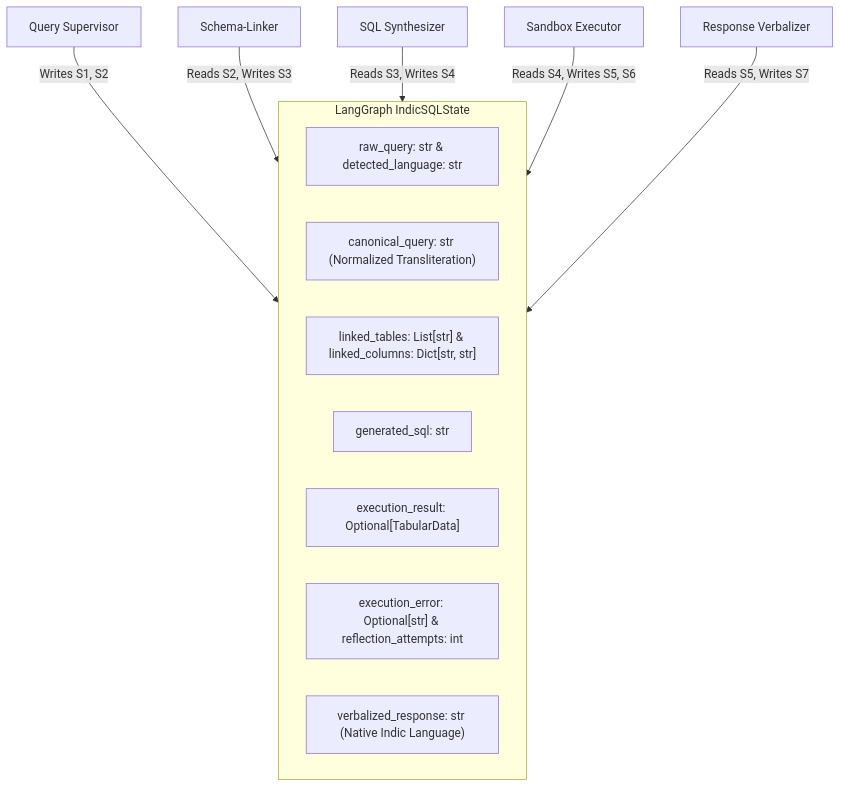
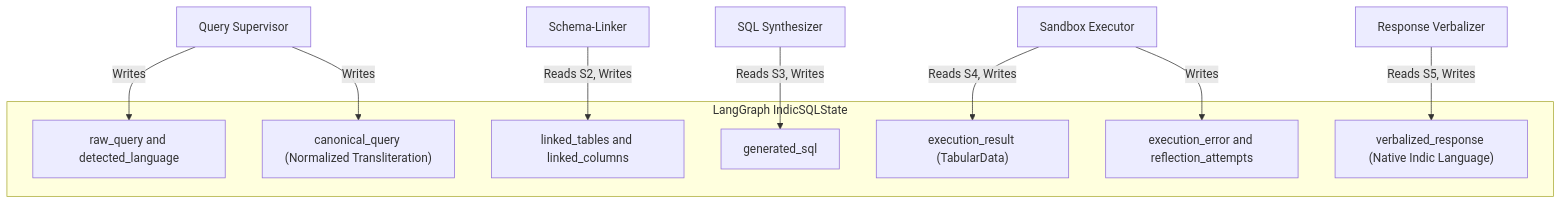
One commit to ojhaprathmesh/IndicSQL_Repo changed the fourth of 12 diagrams in PLAN.md. Above: the diagram before and after it, drawn with Mermaid. The commit also changed other lines of this file and 6 other files, not shown here.

Commit message:
docs(plan): integrate Flutter voice cockpit & resolve all mermaid rendering errors

````diff
--- a/PLAN.md
+++ b/PLAN.md
@@ -257,18 +256,20 @@
 ```mermaid
 flowchart TB
     subgraph Blackboard_State["LangGraph IndicSQLState"]
-        S1["raw_query: str & detected_language: str"]
-        S2["canonical_query: str (Normalized Transliteration)"]
-        S3["linked_tables: List[str] & linked_columns: Dict[str, str]"]
-        S4["generated_sql: str"]
-        S5["execution_result: Optional[TabularData]"]
-        S6["execution_error: Optional[str] & reflection_attempts: int"]
-        S7["verbalized_response: str (Native Indic Language)"]
+        S1["raw_query and detected_language"]
+        S2["canonical_query (Normalized Transliteration)"]
+        S3["linked_tables and linked_columns"]
+        S4["generated_sql"]
+        S5["execution_result (TabularData)"]
+        S6["execution_error and reflection_attempts"]
+        S7["verbalized_response (Native Indic Language)"]
     end
 
-    Supervisor["Query Supervisor"] -->|Writes S1, S2| Blackboard_State
-    SchemaLinker["Schema-Linker"] -->|Reads S2, Writes S3| Blackboard_State
-    Synthesizer["SQL Synthesizer"] -->|Reads S3, Writes S4| Blackboard_State
-    Sandbox["Sandbox Executor"] -->|Reads S4, Writes S5, S6| Blackboard_State
-    Verbalizer["Response Verbalizer"] -->|Reads S5, Writes S7| Blackboard_State
+    Supervisor["Query Supervisor"] -->|Writes| S1
+    Supervisor -->|Writes| S2
+    SchemaLinker["Schema-Linker"] -->|Reads S2, Writes| S3
+    Synthesizer["SQL Synthesizer"] -->|Reads S3, Writes| S4
+    Sandbox["Sandbox Executor"] -->|Reads S4, Writes| S5
+    Sandbox -->|Writes| S6
+    Verbalizer["Response Verbalizer"] -->|Reads S5, Writes| S7
 ```
````
